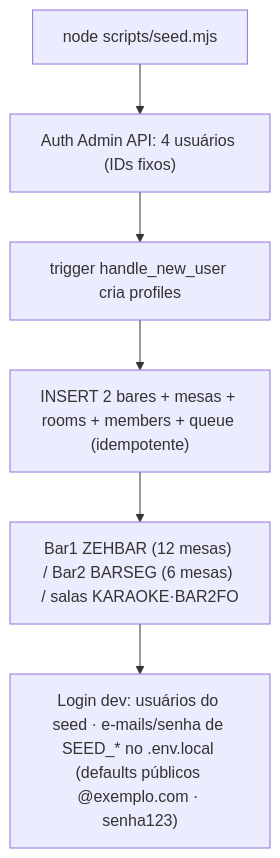
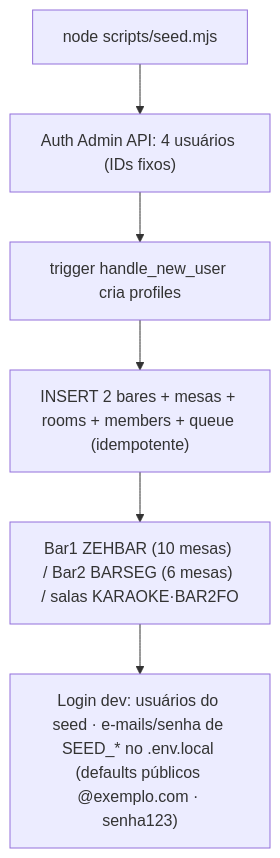
Before and after one commit to cavalcanteprofissional/karaoke-flow: the eighth of 8 diagrams in docs/flows/banco-de-dados.md, drawn with Mermaid. The commit also changed other lines of this file and 20 other files, not shown here.

First line of the commit message:
feat(mesas): bar nasce com 1 mesa, aceita ate 10, e a de mesa unica nao pergunta

````diff
--- a/docs/flows/banco-de-dados.md
+++ b/docs/flows/banco-de-dados.md
@@ -340,8 +340,8 @@
 ```mermaid
 flowchart TD
     A["node scripts/seed.mjs"] --> B["Auth Admin API: 4 usuários (IDs fixos)"]
     B --> C["trigger handle_new_user cria profiles"]
     C --> D["INSERT 2 bares + mesas + rooms + members + queue (idempotente)"]
-    D --> E["Bar1 ZEHBAR (12 mesas) / Bar2 BARSEG (6 mesas) / salas KARAOKE·BAR2FO"]
+    D --> E["Bar1 ZEHBAR (10 mesas) / Bar2 BARSEG (6 mesas) / salas KARAOKE·BAR2FO"]
     E --> F["Login dev: usuários do seed · e-mails/senha de SEED_* no .env.local (defaults públicos @exemplo.com · senha123)"]
 ```
````
